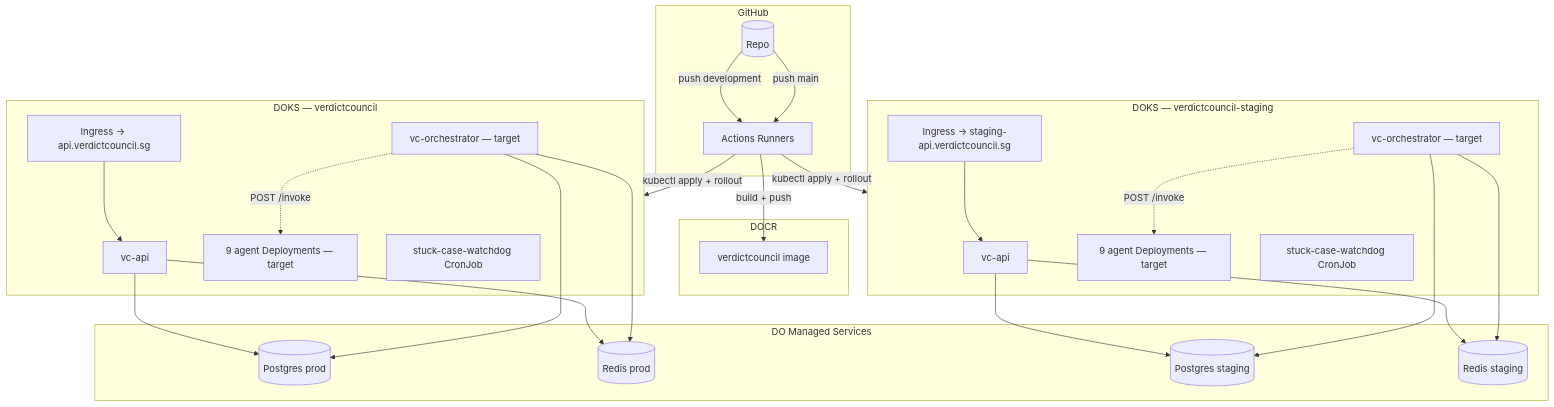
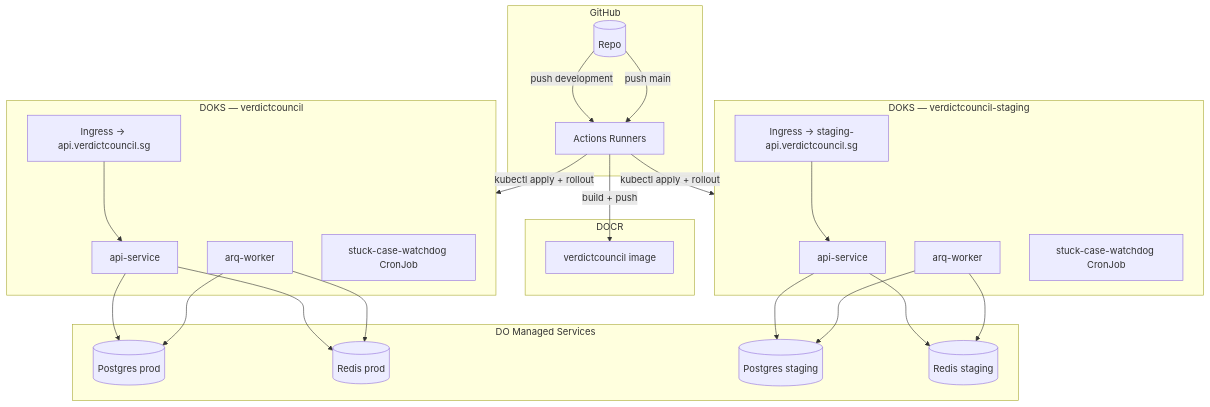
Before and after one commit to ShashankBagda/VerdictCouncil_Backend: the diagram in docs/architecture/06-cicd-pipeline.md, drawn with Mermaid. The commit also changed other lines of this file and 9 other files, not shown here.

````diff
--- a/docs/architecture/06-cicd-pipeline.md
+++ b/docs/architecture/06-cicd-pipeline.md
@@ -614,55 +540,51 @@
 ```mermaid
 flowchart TB
     subgraph GH[GitHub]
         REPO[(Repo)]
         GHA[Actions Runners]
     end
 
     subgraph DOCR[DOCR]
         IMG[verdictcouncil image]
     end
 
     subgraph DOKS_STAGING[DOKS — verdictcouncil-staging]
-        APIS[vc-api]
-        ORCS[vc-orchestrator — target]
-        A_S[9 agent Deployments — target]
+        APIS[api-service]
+        WRKS[arq-worker]
         WDS[stuck-case-watchdog CronJob]
         INGS[Ingress → staging-api.verdictcouncil.sg]
     end
 
     subgraph DOKS_PROD[DOKS — verdictcouncil]
-        APIP[vc-api]
-        ORCP[vc-orchestrator — target]
-        A_P[9 agent Deployments — target]
+        APIP[api-service]
+        WRKP[arq-worker]
         WDP[stuck-case-watchdog CronJob]
         INGP[Ingress → api.verdictcouncil.sg]
     end
 
     subgraph Managed[DO Managed Services]
         PGP[(Postgres prod)]
         RDP[(Redis prod)]
         PGS[(Postgres staging)]
         RDS[(Redis staging)]
     end
 
     REPO -->|push development| GHA
     REPO -->|push main| GHA
     GHA -->|build + push| IMG
     GHA -->|kubectl apply + rollout| DOKS_STAGING
     GHA -->|kubectl apply + rollout| DOKS_PROD
 
     APIS --> PGS
     APIS --> RDS
-    ORCS --> PGS
-    ORCS --> RDS
-    ORCS -.->|POST /invoke| A_S
+    WRKS --> PGS
+    WRKS --> RDS
 
     APIP --> PGP
     APIP --> RDP
-    ORCP --> PGP
-    ORCP --> RDP
-    ORCP -.->|POST /invoke| A_P
+    WRKP --> PGP
+    WRKP --> RDP
 
     INGS --> APIS
     INGP --> APIP
 ```
````
